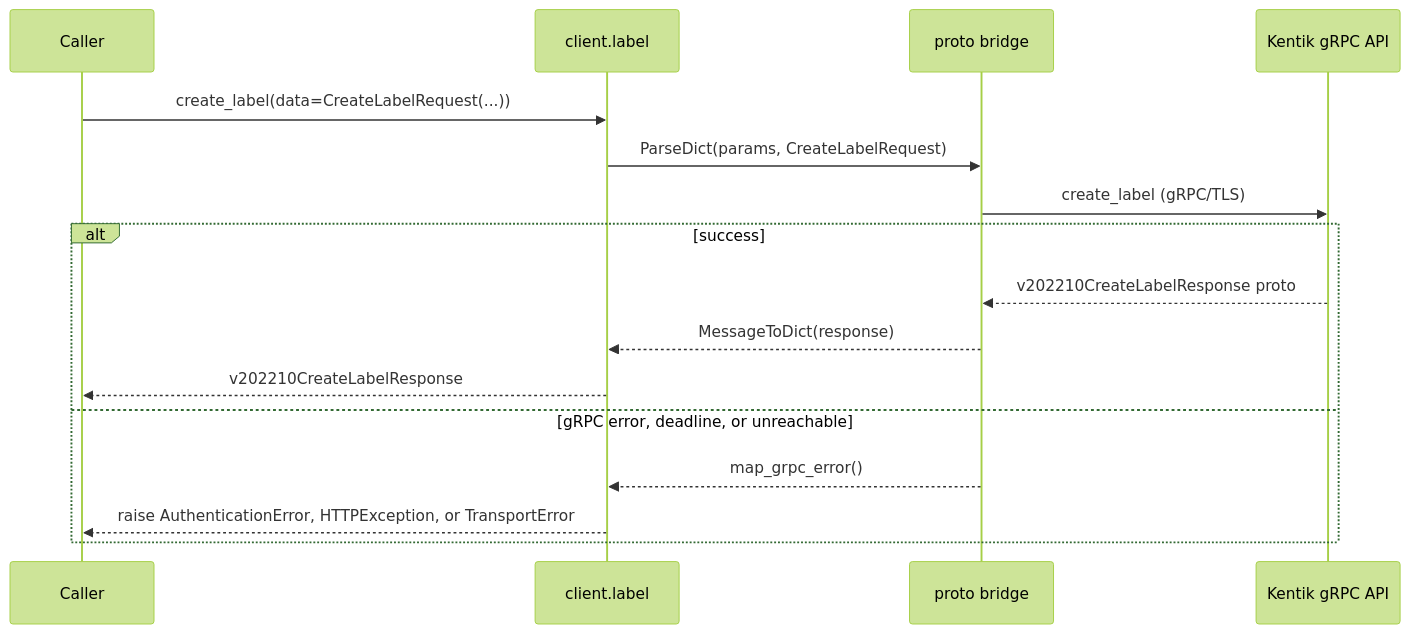
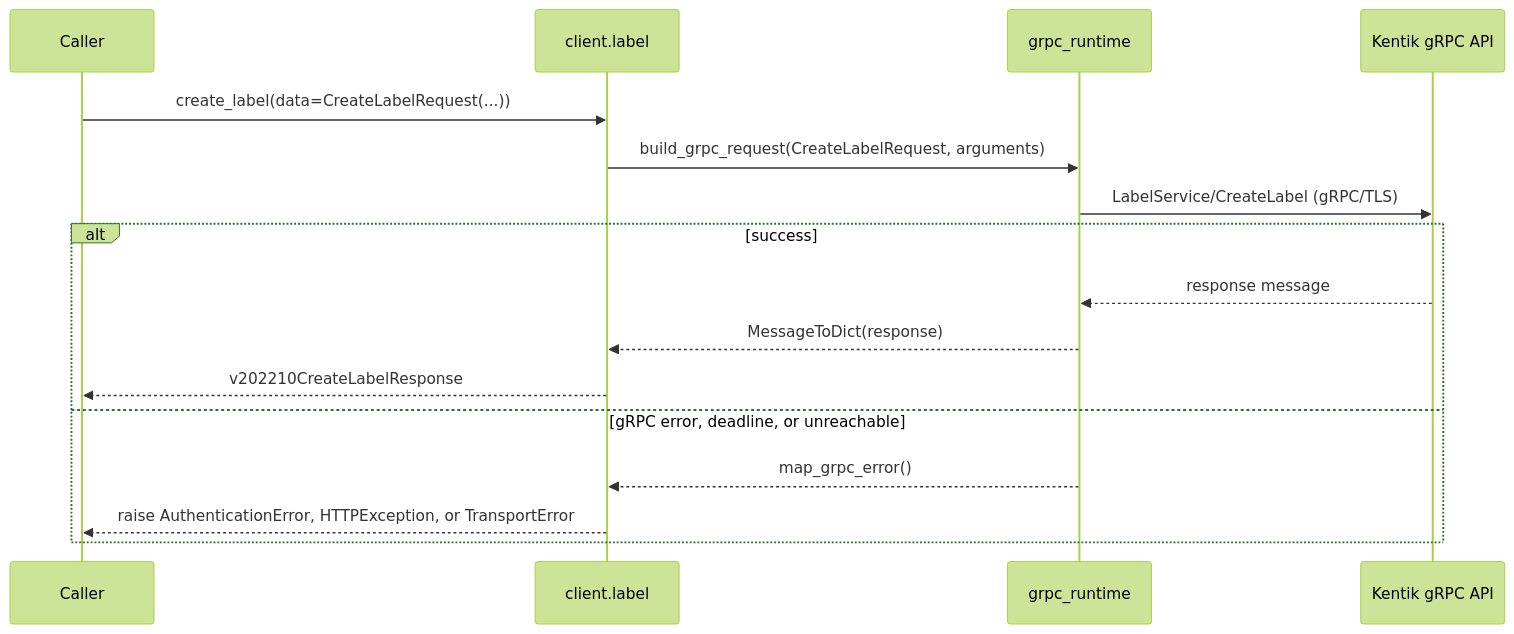
One commit to alexdearaujo/community_sdk_python changed the fifth of 10 diagrams in docs/sphinx/services/label.md. Above: the diagram before and after it, drawn with Mermaid (forest theme). The commit also changed other lines of this file and 37 other files, not shown here.

First line of the commit message:
docs: show the real RPC in each service page's gRPC diagram

````diff
--- a/docs/sphinx/services/label.md
+++ b/docs/sphinx/services/label.md
@@ -127,19 +127,19 @@
 ```mermaid
 sequenceDiagram
     participant C as Caller
     participant W as client.label
-    participant B as proto bridge
+    participant R as grpc_runtime
     participant API as Kentik gRPC API
 
     C->>W: create_label(data=CreateLabelRequest(...))
-    W->>B: ParseDict(params, CreateLabelRequest)
-    B->>API: create_label (gRPC/TLS)
+    W->>R: build_grpc_request(CreateLabelRequest, arguments)
+    R->>API: LabelService/CreateLabel (gRPC/TLS)
     alt success
-        API-->>B: v202210CreateLabelResponse proto
-        B-->>W: MessageToDict(response)
+        API-->>R: response message
+        R-->>W: MessageToDict(response)
         W-->>C: v202210CreateLabelResponse
     else gRPC error, deadline, or unreachable
-        B-->>W: map_grpc_error()
+        R-->>W: map_grpc_error()
         W-->>C: raise AuthenticationError, HTTPException, or TransportError
     end
 ```
````
